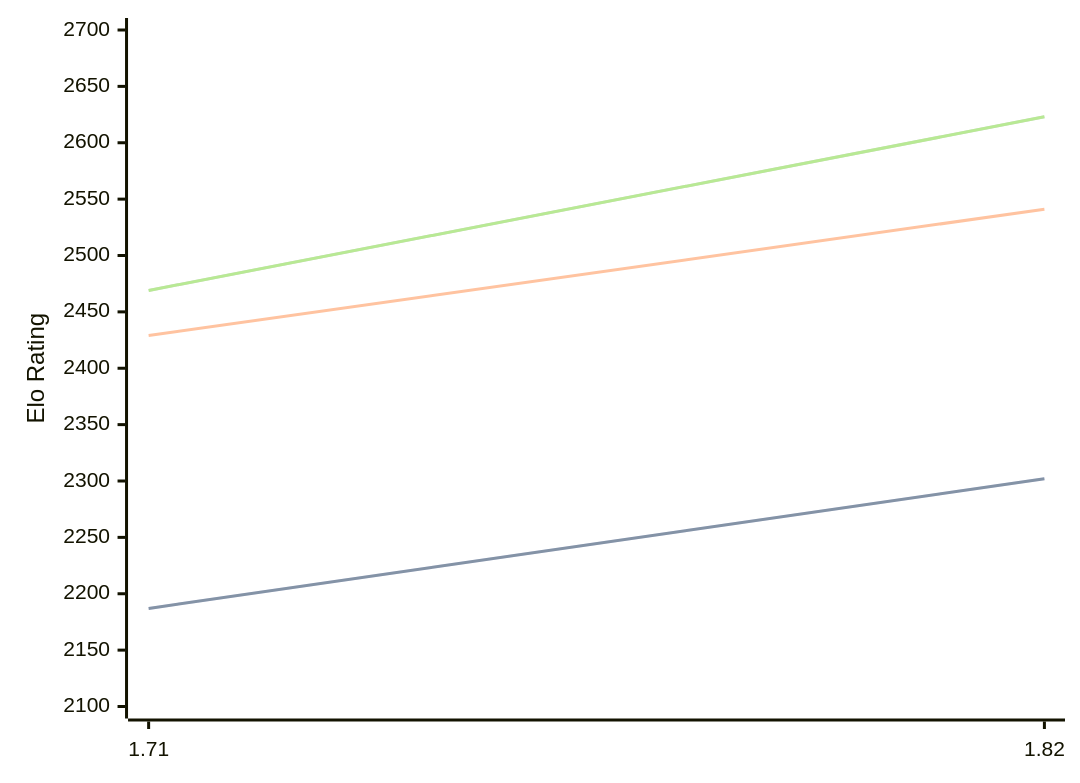
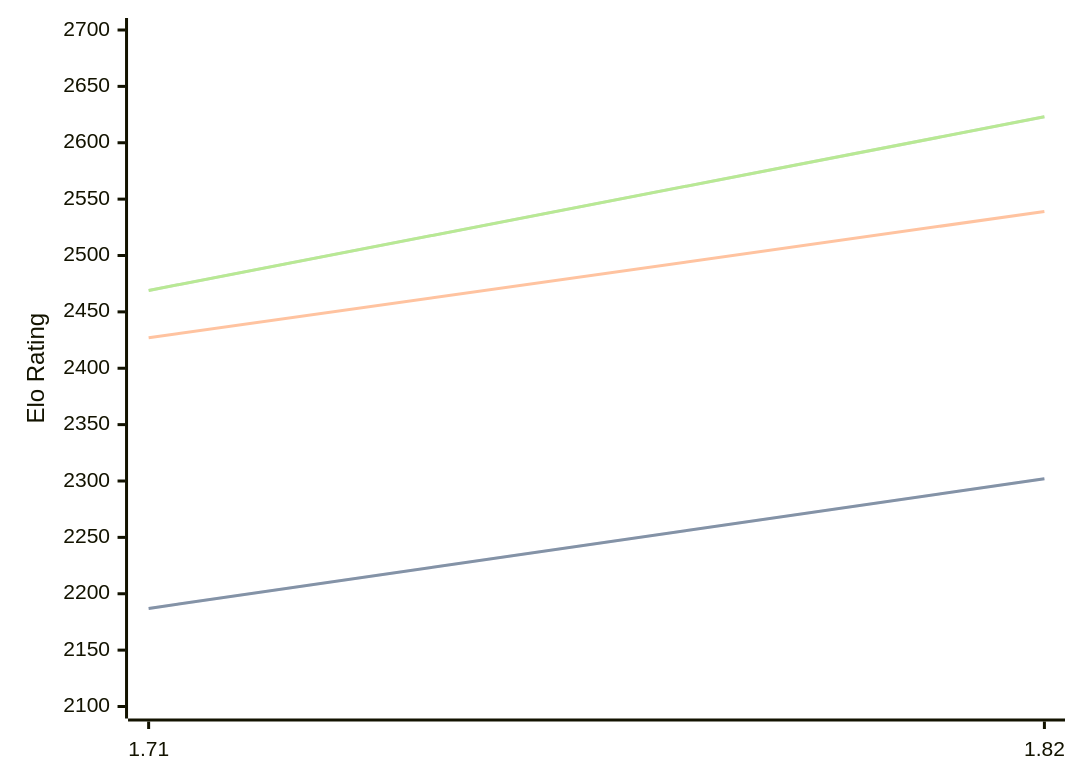
Before and after one commit to computer-chess-index/cci: the diagram in engines/Amira.md, drawn with Mermaid. The commit also changed other lines of this file, not shown here.

````diff
--- a/engines/Amira.md
+++ b/engines/Amira.md
@@ -32,11 +32,11 @@
 ```mermaid
 %%{init: {"theme":"base","themeVariables":{"seriesColors:['#a3a3a3','#222221','#faa371']}}}%%
 xychart-beta
   x-axis ["1.71", "1.82"]
   y-axis "Elo Rating" 2100 --> 2700
   line "" [2187, 2302]
   line "STC (8.0+0.08s)" [2187, 2302]
-  line "LTC (60.0+0.60s)" [2429, 2541]
+  line "LTC (60.0+0.60s)" [2427, 2539]
   line "" [2469, 2623]
   line "VLTC (2m24s+1.12s)" [2469, 2623]
 ```
````
